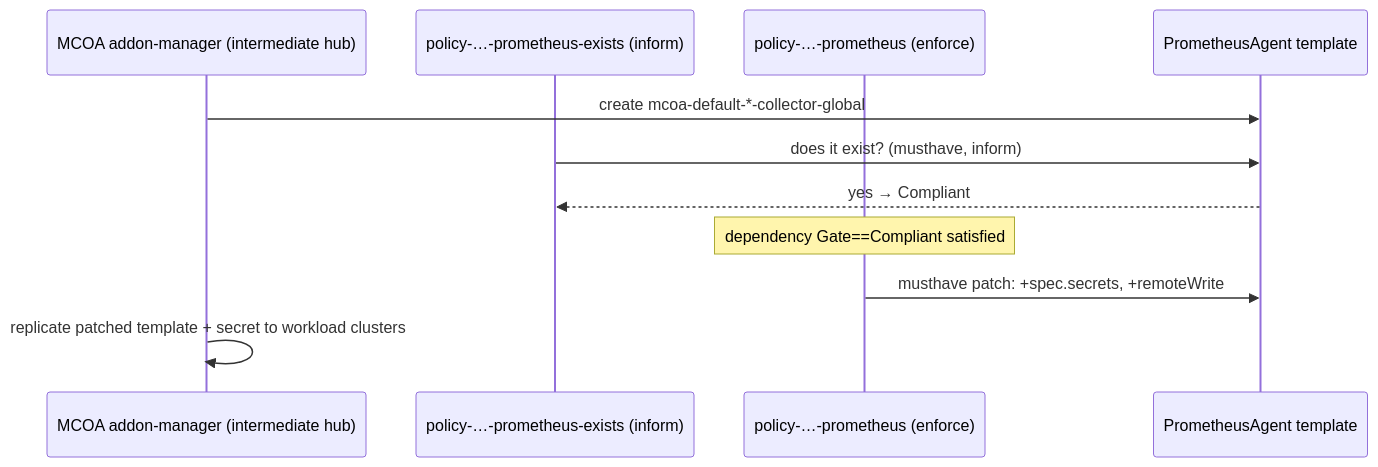
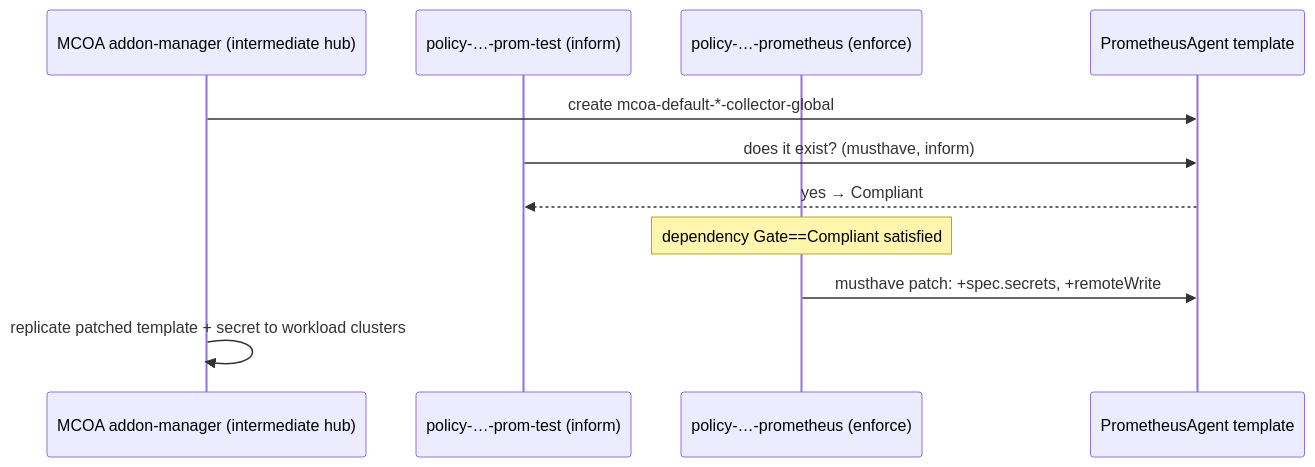
Before and after one commit to auto-shift/autoshiftv2: the fourth of 5 diagrams in policies/stable/global-observability/architecture.md, drawn with Mermaid. The commit also changed other lines of this file and 9 other files, not shown here.

````diff
--- a/policies/stable/global-observability/architecture.md
+++ b/policies/stable/global-observability/architecture.md
@@ -152,13 +152,13 @@
 ```mermaid
 sequenceDiagram
     participant MCOA as MCOA addon-manager (intermediate hub)
-    participant Gate as policy-…-prometheus-exists (inform)
+    participant Gate as policy-…-prom-test (inform)
     participant Patch as policy-…-prometheus (enforce)
     participant Tmpl as PrometheusAgent template
     MCOA->>Tmpl: create mcoa-default-*-collector-global
     Gate->>Tmpl: does it exist? (musthave, inform)
     Tmpl-->>Gate: yes → Compliant
     Note over Patch: dependency Gate==Compliant satisfied
     Patch->>Tmpl: musthave patch: +spec.secrets, +remoteWrite
     MCOA->>MCOA: replicate patched template + secret to workload clusters
 ```
````
